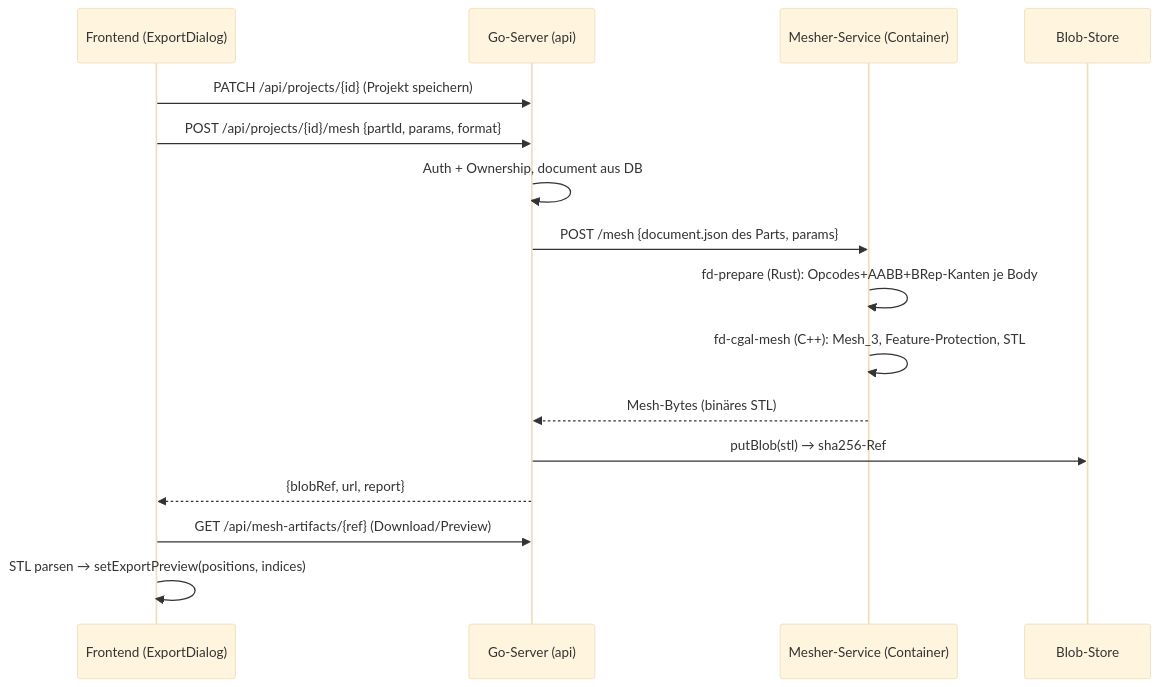
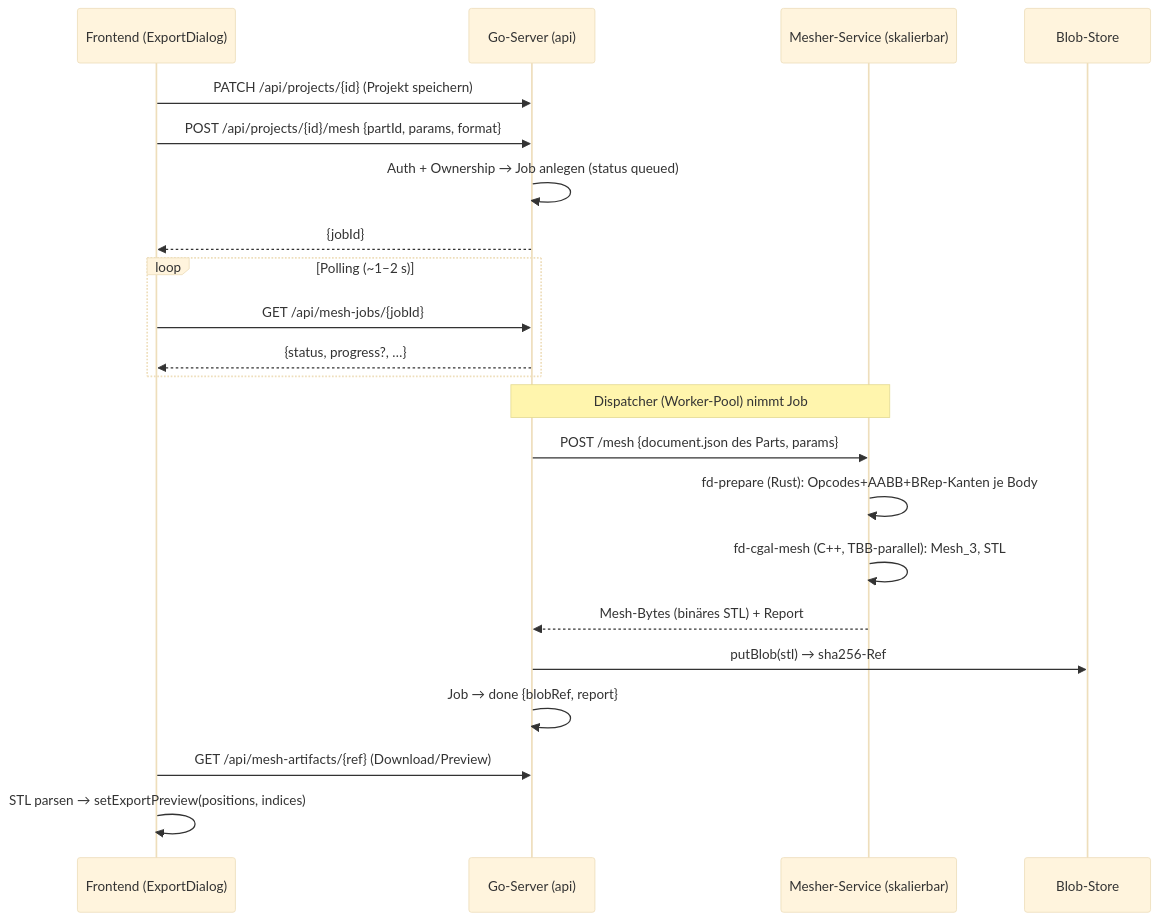
Before and after one commit to SebastianBaltes/fielddraft: the diagram in docs/CGAL-SERVER-MESHING-PLAN.md, drawn with Mermaid (base theme). The commit also changed other lines of this file, not shown here.

Commit message:
docs: CGAL-Server-Meshing-Plan — Entscheide eingearbeitet (Job-Queue ab Start, TBB-Multithreading, STL→3MF, Skalierung)

````diff
--- a/docs/CGAL-SERVER-MESHING-PLAN.md
+++ b/docs/CGAL-SERVER-MESHING-PLAN.md
@@ -16,19 +16,25 @@
 ```mermaid
 sequenceDiagram
     participant FE as Frontend (ExportDialog)
     participant GO as Go-Server (api)
-    participant MS as Mesher-Service (Container)
+    participant MS as Mesher-Service (skalierbar)
     participant BL as Blob-Store
 
     FE->>GO: PATCH /api/projects/{id} (Projekt speichern)
     FE->>GO: POST /api/projects/{id}/mesh {partId, params, format}
-    GO->>GO: Auth + Ownership, document aus DB
+    GO->>GO: Auth + Ownership → Job anlegen (status queued)
+    GO-->>FE: {jobId}
+    loop Polling (~1–2 s)
+        FE->>GO: GET /api/mesh-jobs/{jobId}
+        GO-->>FE: {status, progress?, …}
+    end
+    Note over GO,MS: Dispatcher (Worker-Pool) nimmt Job
     GO->>MS: POST /mesh {document.json des Parts, params}
     MS->>MS: fd-prepare (Rust): Opcodes+AABB+BRep-Kanten je Body
-    MS->>MS: fd-cgal-mesh (C++): Mesh_3, Feature-Protection, STL
-    MS-->>GO: Mesh-Bytes (binäres STL)
+    MS->>MS: fd-cgal-mesh (C++, TBB-parallel): Mesh_3, STL
+    MS-->>GO: Mesh-Bytes (binäres STL) + Report
     GO->>BL: putBlob(stl) → sha256-Ref
-    GO-->>FE: {blobRef, url, report}
+    GO->>GO: Job → done {blobRef, report}
     FE->>GO: GET /api/mesh-artifacts/{ref} (Download/Preview)
     FE->>FE: STL parsen → setExportPreview(positions, indices)
 ```
````
